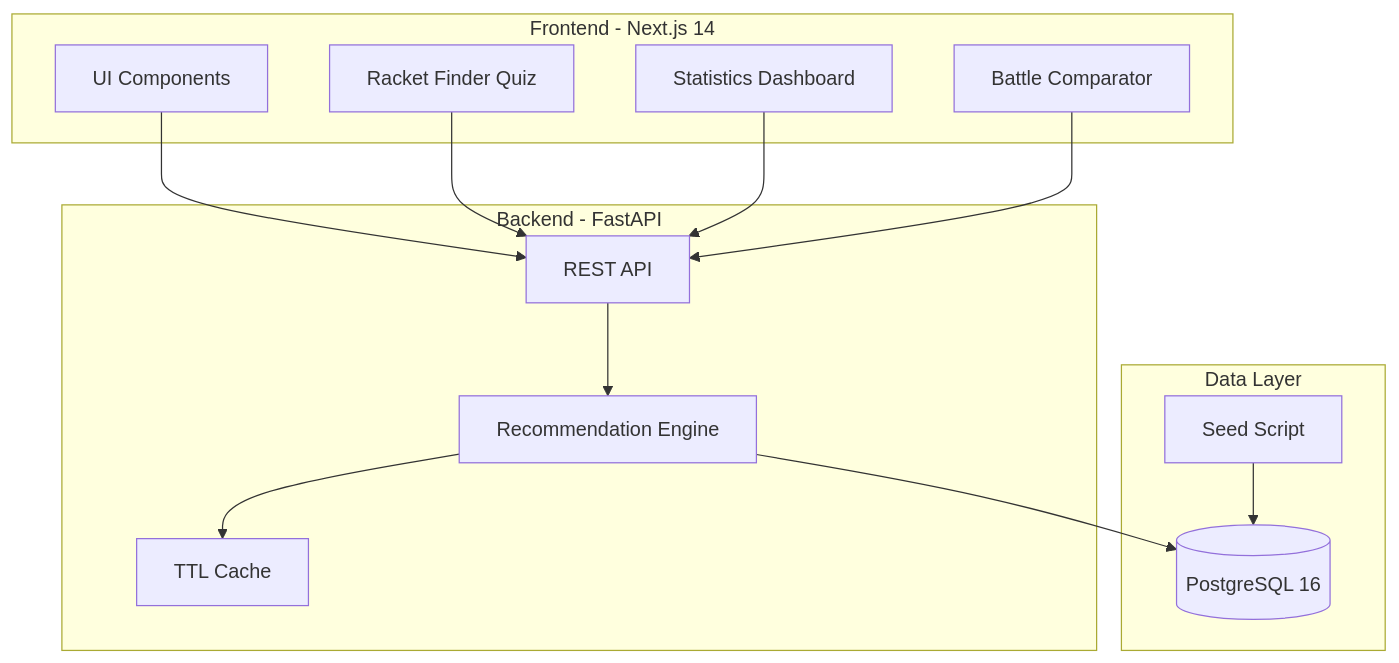
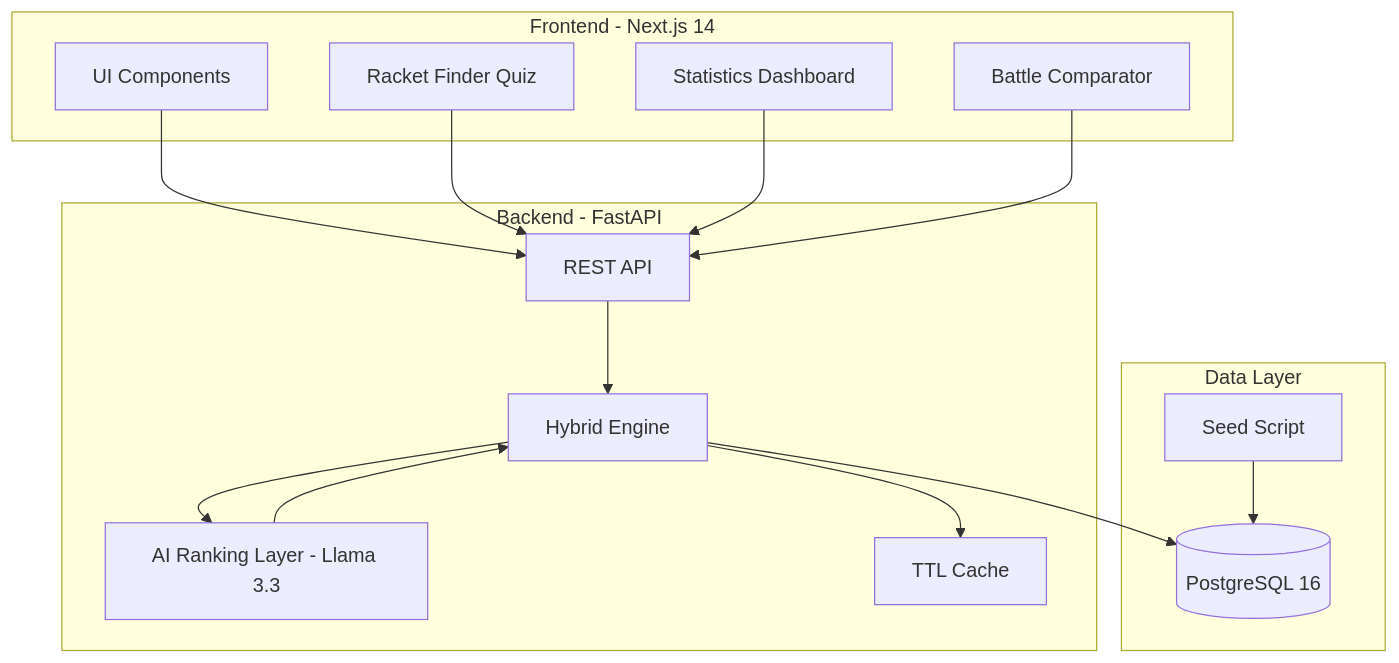
Before and after one commit to diegopereira93/sliceinsights: the first of 2 diagrams in docs/ARCHITECTURE.md, drawn with Mermaid. The commit also changed other lines of this file and 14 other files, not shown here.

Commit message:
feat: release v1.8 - AI Hybrid Recommendation Engine, diversity jitter, and docs sync

````diff
--- a/docs/ARCHITECTURE.md
+++ b/docs/ARCHITECTURE.md
@@ -11,29 +11,32 @@
 ```mermaid
 graph TB
     subgraph "Frontend - Next.js 14"
         UI[UI Components]
         Quiz[Racket Finder Quiz]
         Stats[Statistics Dashboard]
         Comparator[Battle Comparator]
     end
     
     subgraph "Backend - FastAPI"
         API[REST API]
-        Engine[Recommendation Engine]
+        Engine[Hybrid Engine]
+        LLM[AI Ranking Layer - Llama 3.3]
         Cache[TTL Cache]
     end
     
     subgraph "Data Layer"
         DB[(PostgreSQL 16)]
         Seed[Seed Script]
     end
     
     UI --> API
     Quiz --> API
     Stats --> API
     Comparator --> API
     API --> Engine
+    Engine --> LLM
+    LLM --> Engine
     Engine --> Cache
     Engine --> DB
     Seed --> DB
 ```
````
